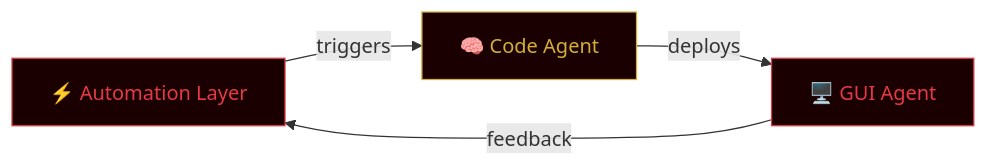
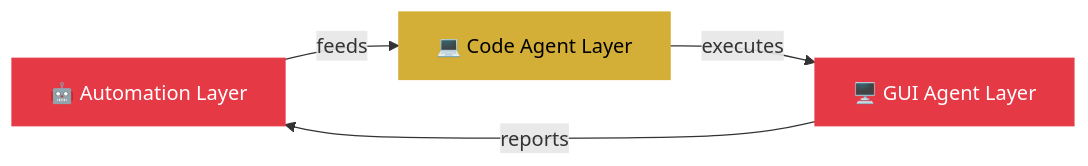
One commit to emonhmamun/emonhmamun changed the diagram in README.md. Above: the diagram before and after it, drawn with Mermaid. The commit also changed other lines of this file, not shown here.

Commit message:
🚀 Ultra-premium README.md with advanced features, animations, and AURA architecture

````diff
--- a/README.md
+++ b/README.md
@@ -110,9 +66,9 @@
 ```mermaid
 graph LR
-    A[⚡ Automation Layer] -->|triggers| B[🧠 Code Agent]
-    B -->|deploys| C[🖥️ GUI Agent]
-    C -->|feedback| A
-    style A fill:#1a0000,stroke:#E63946,color:#E63946
-    style B fill:#1a0000,stroke:#D4AF37,color:#D4AF37
-    style C fill:#1a0000,stroke:#E63946,color:#E63946
+    A[🤖 Automation Layer] -->|feeds| B[💻 Code Agent Layer]
+    B -->|executes| C[🖥️ GUI Agent Layer]
+    C -->|reports| A
+    style A fill:#E63946,stroke:#E63946,color:#fff
+    style B fill:#D4AF37,stroke:#D4AF37,color:#000
+    style C fill:#E63946,stroke:#E63946,color:#fff
 ```
````
